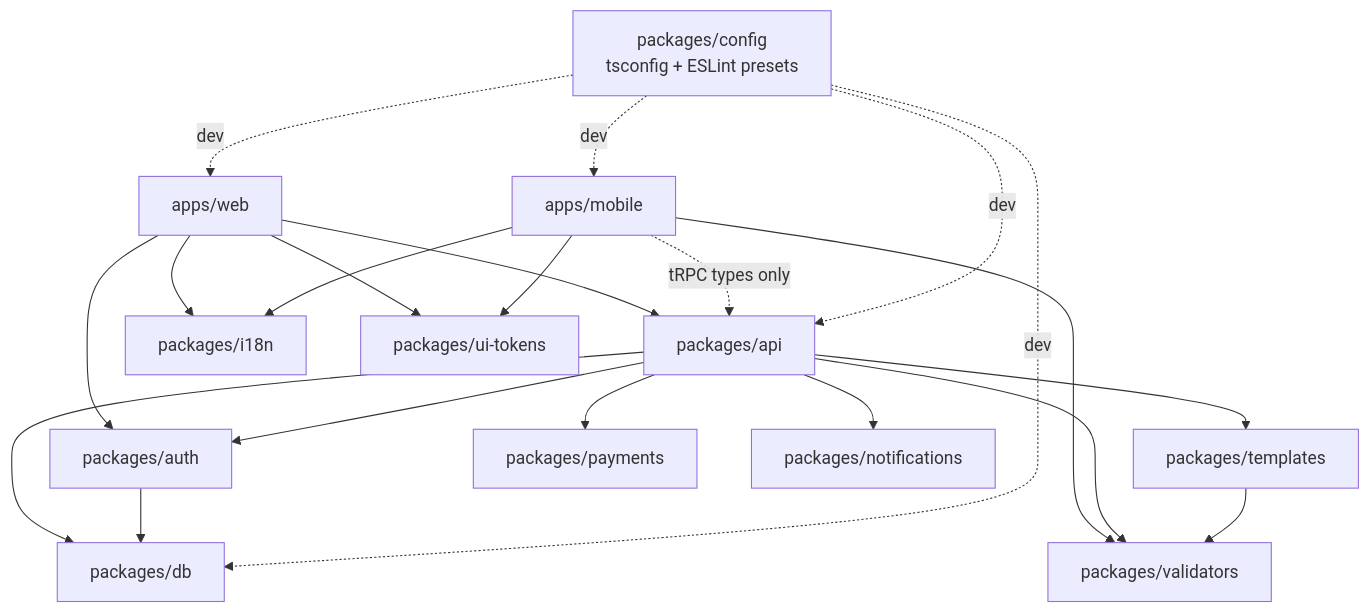
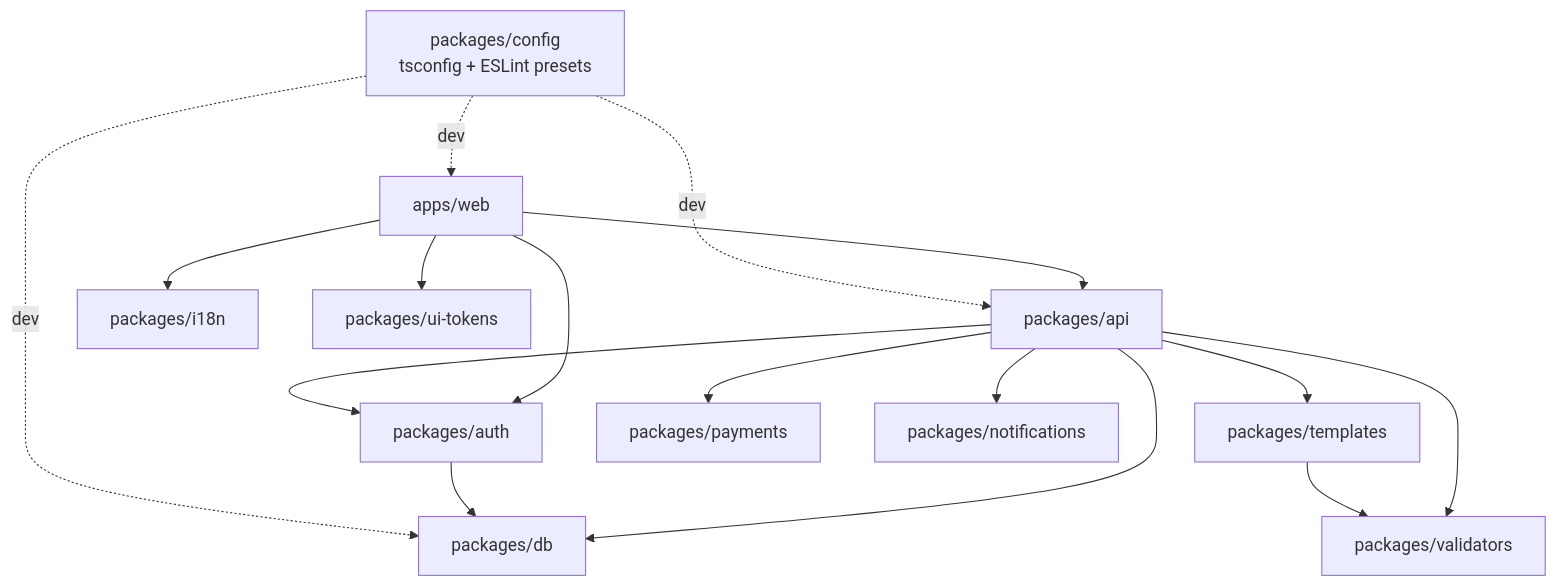
One commit to Hedi-Bouhelii/Doulisha changed the second of 3 diagrams in docs/ARCHITECTURE.md. Above: the diagram before and after it, drawn with Mermaid. The commit also changed other lines of this file and 66 other files, not shown here.

First line of the commit message:
refactor: make this repository the web app only and link Neon

````diff
--- a/docs/ARCHITECTURE.md
+++ b/docs/ARCHITECTURE.md
@@ -44,22 +44,18 @@
 ```mermaid
 flowchart TD
   web[apps/web] --> api[packages/api]
   web --> auth[packages/auth]
   web --> i18n[packages/i18n]
   web --> tokens[packages/ui-tokens]
-  mobile[apps/mobile] --> i18n
-  mobile --> tokens
-  mobile --> validators[packages/validators]
-  mobile -. tRPC types only .-> api
 
   api --> db[packages/db]
-  api --> validators
+  api --> validators[packages/validators]
   api --> templates[packages/templates]
   api --> payments[packages/payments]
   api --> notifications[packages/notifications]
   api --> auth
   auth --> db
   templates --> validators
 
-  config[packages/config<br/>tsconfig + ESLint presets] -. dev .-> web & mobile & api & db
+  config[packages/config<br/>tsconfig + ESLint presets] -. dev .-> web & api & db
 ```
````
